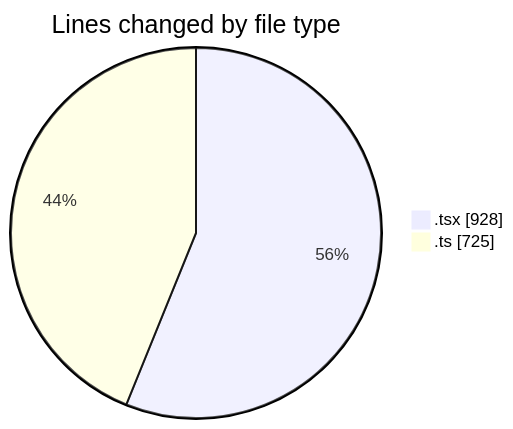
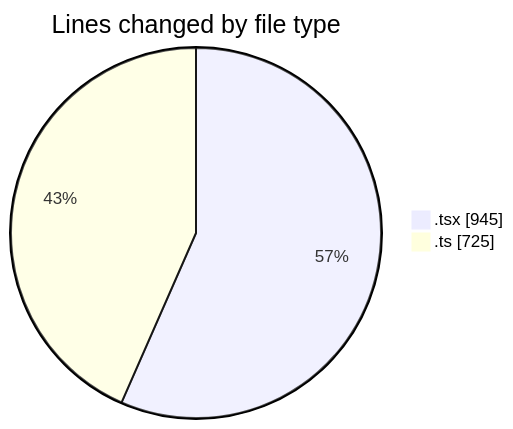
Before and after one commit to nxtqubesakshisongat/code-tracking: the first of 2 diagrams in 2026-02-18/nxtqube_webapp/README.md, drawn with Mermaid. The commit also changed other lines of this file and 1 other file, not shown here.

````diff
--- a/2026-02-18/nxtqube_webapp/README.md
+++ b/2026-02-18/nxtqube_webapp/README.md
@@ -25,6 +25,6 @@
 ```mermaid
 pie showData
 title Lines changed by file type
-".tsx" : 928
+".tsx" : 945
 ".ts" : 725
 ```
````
